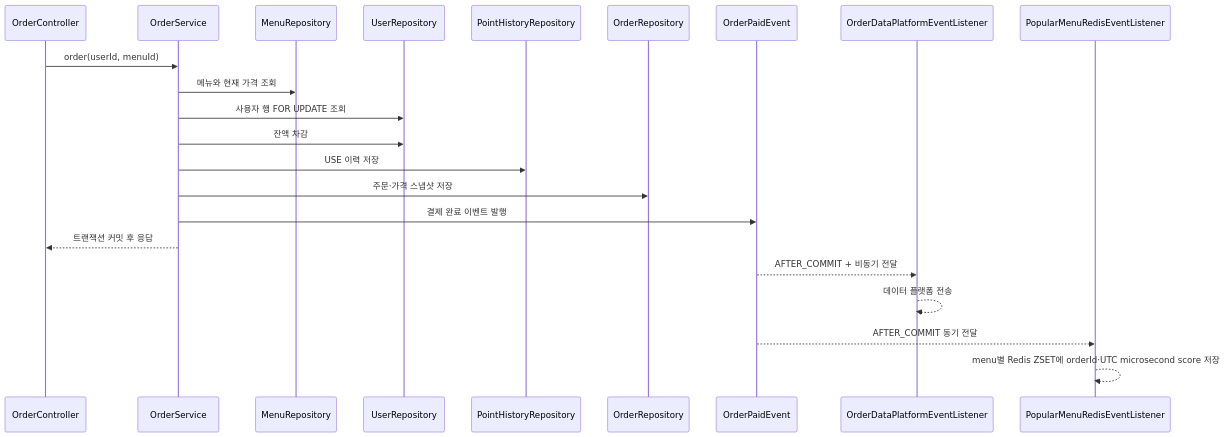
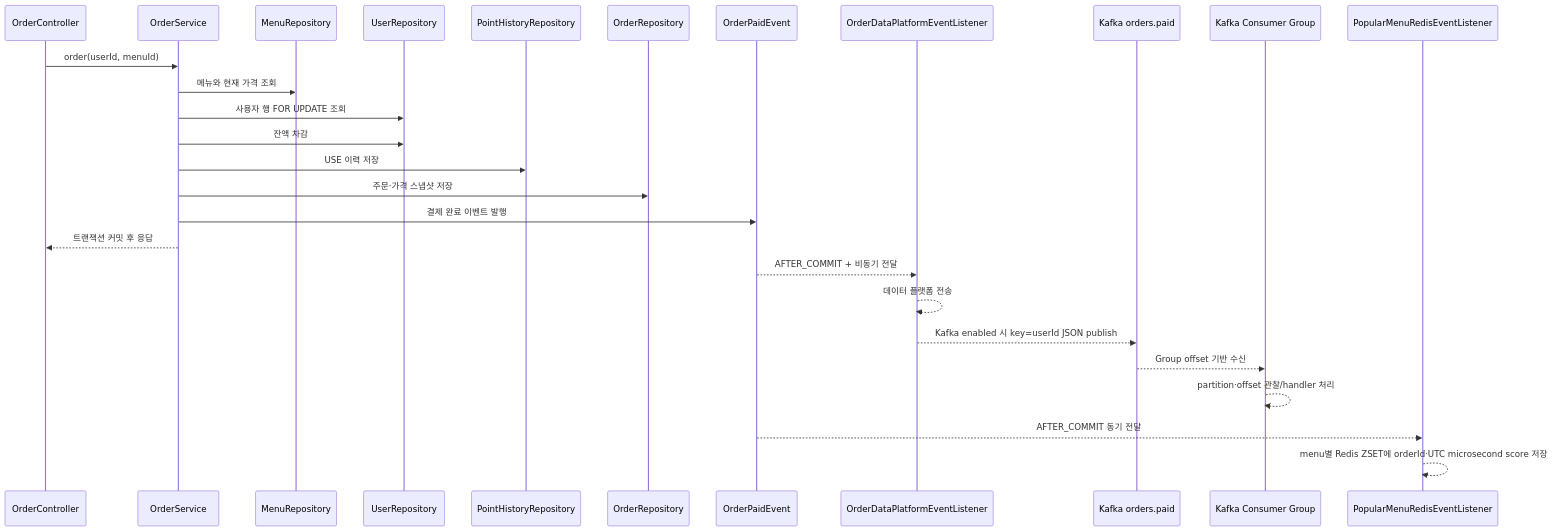
One commit to beyejin/coffee-order-system changed the first of 2 diagrams in docs/context-map.md. Above: the diagram before and after it, drawn with Mermaid. The commit also changed other lines of this file and 17 other files, not shown here.

````diff
--- a/docs/context-map.md
+++ b/docs/context-map.md
@@ -20,25 +21,30 @@
 ```mermaid
 sequenceDiagram
     participant API as OrderController
     participant Order as OrderService
     participant Menu as MenuRepository
     participant User as UserRepository
     participant Point as PointHistoryRepository
     participant Orders as OrderRepository
     participant Event as OrderPaidEvent
     participant Platform as OrderDataPlatformEventListener
+    participant Kafka as Kafka orders.paid
+    participant Consumer as Kafka Consumer Group
     participant Ranking as PopularMenuRedisEventListener
 
     API->>Order: order(userId, menuId)
     Order->>Menu: 메뉴와 현재 가격 조회
     Order->>User: 사용자 행 FOR UPDATE 조회
     Order->>User: 잔액 차감
     Order->>Point: USE 이력 저장
     Order->>Orders: 주문·가격 스냅샷 저장
     Order->>Event: 결제 완료 이벤트 발행
     Order-->>API: 트랜잭션 커밋 후 응답
     Event-->>Platform: AFTER_COMMIT + 비동기 전달
     Platform-->>Platform: 데이터 플랫폼 전송
+    Platform-->>Kafka: Kafka enabled 시 key=userId JSON publish
+    Kafka-->>Consumer: Group offset 기반 수신
+    Consumer-->>Consumer: partition·offset 관찰/handler 처리
     Event-->>Ranking: AFTER_COMMIT 동기 전달
     Ranking-->>Ranking: menu별 Redis ZSET에 orderId·UTC microsecond score 저장
 ```
````
